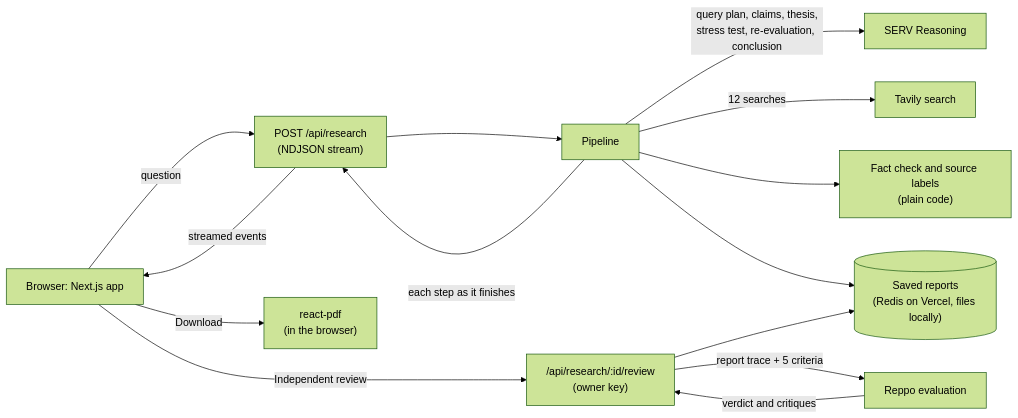
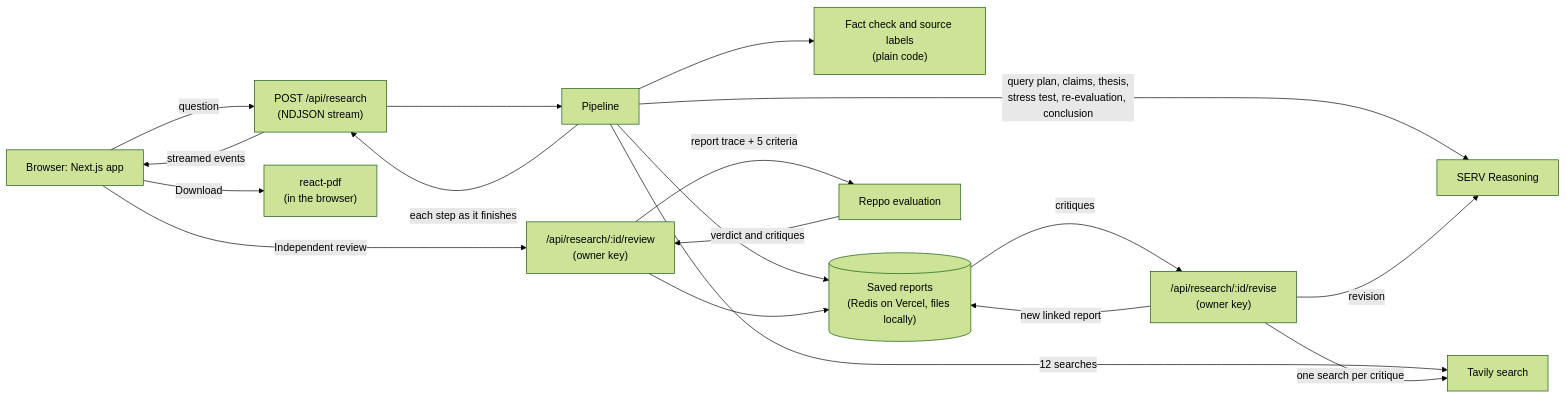
Before and after one commit to Mhiah/crux: the diagram in README.md, drawn with Mermaid (forest theme). The commit also changed other lines of this file and 11 other files, not shown here.

````diff
--- a/README.md
+++ b/README.md
@@ -87,27 +99,31 @@
 ```mermaid
 flowchart LR
   Browser[Browser: Next.js app]
   API["POST /api/research<br/>(NDJSON stream)"]
   Pipeline[Pipeline]
   Tavily[Tavily search]
   SERV[SERV Reasoning]
   Check["Fact check and source labels<br/>(plain code)"]
   Store[("Saved reports<br/>(Redis on Vercel, files locally)")]
   Review["/api/research/:id/review<br/>(owner key)"]
   Reppo[Reppo evaluation]
   PDF["react-pdf<br/>(in the browser)"]
 
   Browser -->|question| API
   API --> Pipeline
   Pipeline -->|query plan, claims, thesis,<br/>stress test, re-evaluation, conclusion| SERV
   Pipeline -->|12 searches| Tavily
   Pipeline --> Check
   Pipeline -->|each step as it finishes| API
   API -->|streamed events| Browser
   Pipeline --> Store
   Browser -->|Independent review| Review
   Review -->|report trace + 5 criteria| Reppo
   Reppo -->|verdict and critiques| Review
   Review --> Store
+  Store -->|critiques| Improve["/api/research/:id/revise<br/>(owner key)"]
+  Improve -->|one search per critique| Tavily
+  Improve -->|revision| SERV
+  Improve -->|new linked report| Store
   Browser -->|Download| PDF
 ```
````
